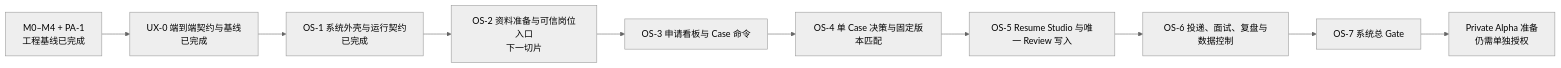
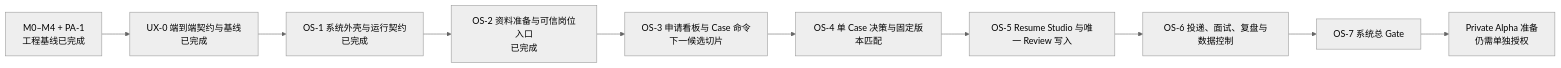
One commit to CodeVoyager21932/Aijob changed the diagram in docs/06-mvp-roadmap.md. Above: the diagram before and after it, drawn with Mermaid (neutral theme). The commit also changed other lines of this file and 42 other files, not shown here.

```diff
--- a/docs/06-mvp-roadmap.md
+++ b/docs/06-mvp-roadmap.md
@@ -41,12 +43,12 @@
 ~~~mermaid
 flowchart LR
     B["M0–M4 + PA-1<br/>工程基线已完成"] --> U0["UX-0 端到端契约与基线<br/>已完成"]
     U0 --> O1["OS-1 系统外壳与运行契约<br/>已完成"]
-    O1 --> O2["OS-2 资料准备与可信岗位入口<br/>下一切片"]
-    O2 --> O3["OS-3 申请看板与 Case 命令"]
+    O1 --> O2["OS-2 资料准备与可信岗位入口<br/>已完成"]
+    O2 --> O3["OS-3 申请看板与 Case 命令<br/>下一候选切片"]
     O3 --> O4["OS-4 单 Case 决策与固定版本匹配"]
     O4 --> O5["OS-5 Resume Studio 与唯一 Review 写入"]
     O5 --> O6["OS-6 投递、面试、复盘与数据控制"]
     O6 --> O7["OS-7 系统总 Gate"]
     O7 --> P["Private Alpha 准备<br/>仍需单独授权"]
 ~~~
```
